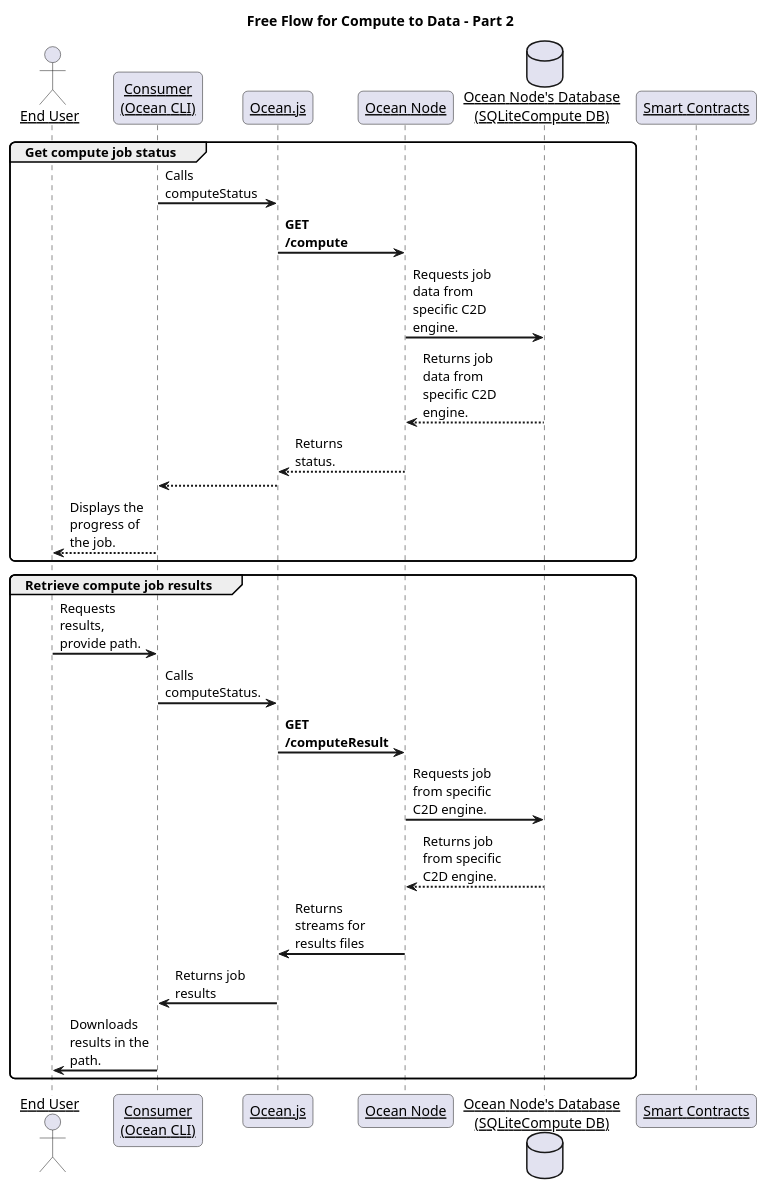
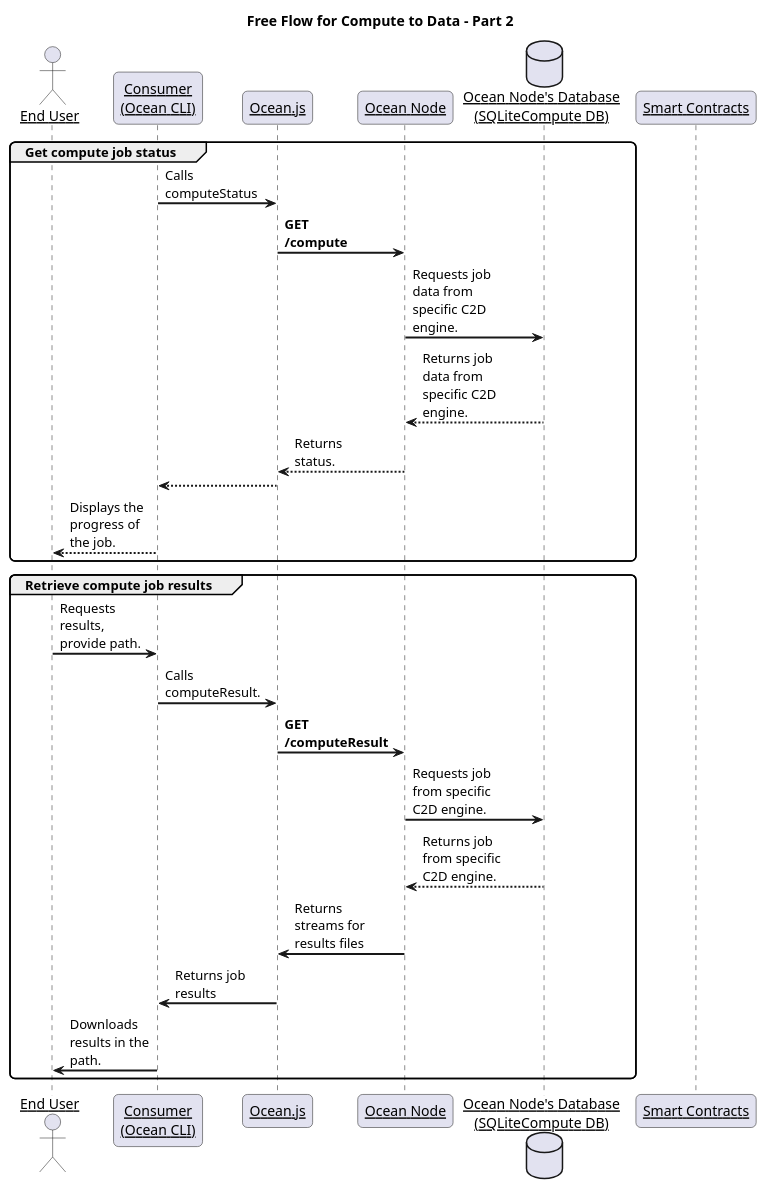
Before and after one commit to oceanprotocol/docs: the diagram in .gitbook/assets/c2d/free-compute-flow-2.puml, drawn with PlantUML. The commit also changed 7 other files, not shown here.

Commit message:
Updated flow diagrams and finished detailing free compute flow.

```diff
--- a/.gitbook/assets/c2d/free-compute-flow-2.puml
+++ b/.gitbook/assets/c2d/free-compute-flow-2.puml
@@ -1,37 +1,37 @@
 @startuml "Free Flow for Compute to Data - Part 2"
 title "Free Flow for Compute to Data - Part 2"
 
 skinparam sequenceArrowThickness 2
 skinparam roundcorner 10
 skinparam maxmessagesize 85
 skinparam sequenceParticipant underline
 
 actor "End User" as end_user
 participant "Consumer\n(Ocean CLI)" as consumer
 participant "Ocean.js" as ocean_js
 participant "Ocean Node" as ocean_node
 database "Ocean Node's Database\n(SQLiteCompute DB)" as db
 participant "Smart Contracts" as smart_contracts
 
 group Get compute job status
     consumer -> ocean_js: Calls computeStatus
     ocean_js -> ocean_node: **GET /compute**
     ocean_node -> db: Requests job data from specific C2D engine.
     db --> ocean_node: Returns job data from specific C2D engine.
     ocean_node --> ocean_js: Returns status.
     ocean_js --> consumer
     consumer --> end_user: Displays the progress of the job.
 end group
 
 group Retrieve compute job results
     end_user -> consumer: Requests results, provide path.
-    consumer -> ocean_js: Calls computeStatus.
+    consumer -> ocean_js: Calls computeResult.
     ocean_js -> ocean_node: **GET /computeResult**
     ocean_node -> db: Requests job from specific C2D engine.
     db --> ocean_node: Returns job from specific C2D engine.
     ocean_node -> ocean_js: Returns streams for results files
     ocean_js -> consumer: Returns job results
     consumer -> end_user: Downloads results in the path.
 end group
 
 @enduml
```
